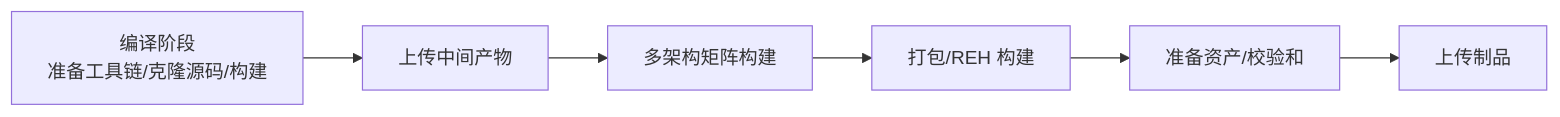
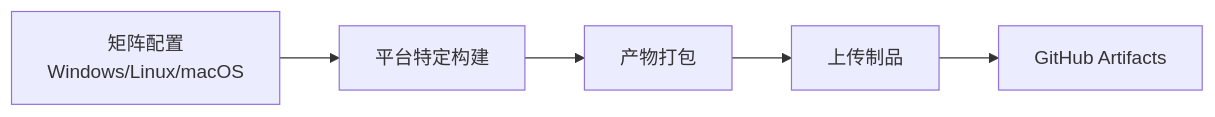
Before and after one commit to sofate798/KodrixCode: the fourth of 9 diagrams in .qoder/repowiki/zh/content/构建与部署/持续集成.md, drawn with Mermaid. The commit also changed other lines of this file and 6 other files, not shown here.

````diff
--- a/.qoder/repowiki/zh/content/构建与部署/持续集成.md
+++ b/.qoder/repowiki/zh/content/构建与部署/持续集成.md
@@ -186,8 +161,7 @@
 ```mermaid
 graph LR
-Compile["编译阶段<br/>准备工具链/克隆源码/构建"] --> Artifact["上传中间产物"]
-Artifact --> Matrix["多架构矩阵构建"]
-Matrix --> Package["打包/REH 构建"]
-Package --> Assets["准备资产/校验和"]
-Assets --> Upload["上传制品"]
+Matrix["矩阵配置<br/>Windows/Linux/macOS"] --> Build["平台特定构建"]
+Build --> Pack["产物打包"]
+Pack --> Upload["上传制品"]
+Upload --> Artifacts["GitHub Artifacts"]
 ```
````
